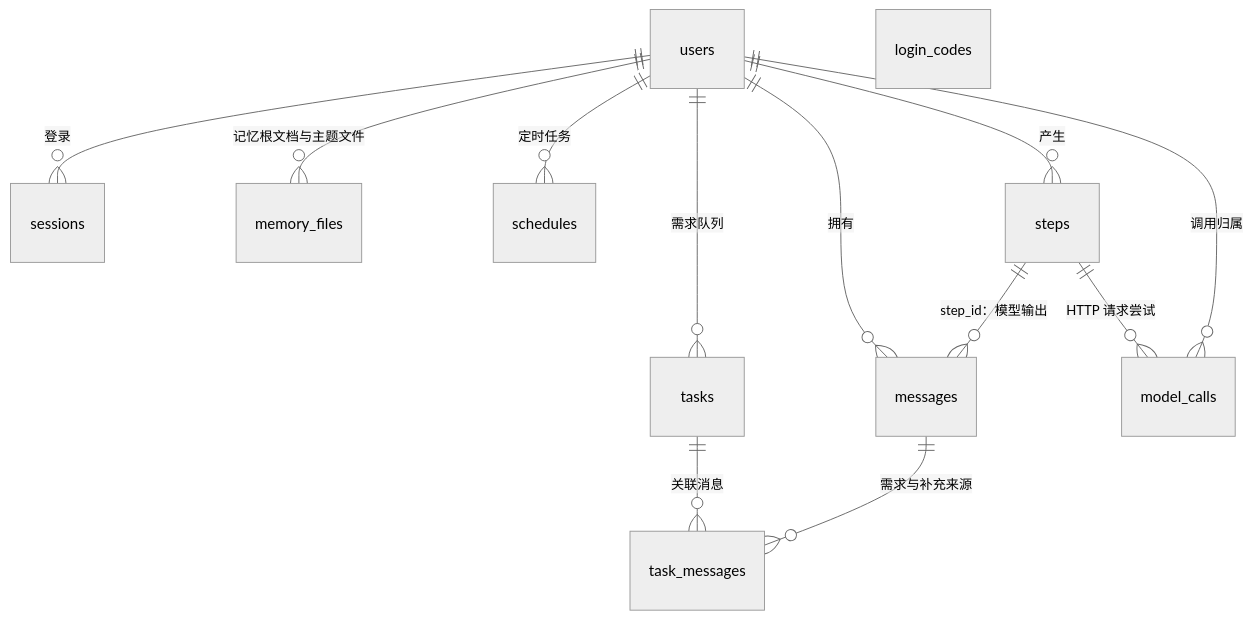
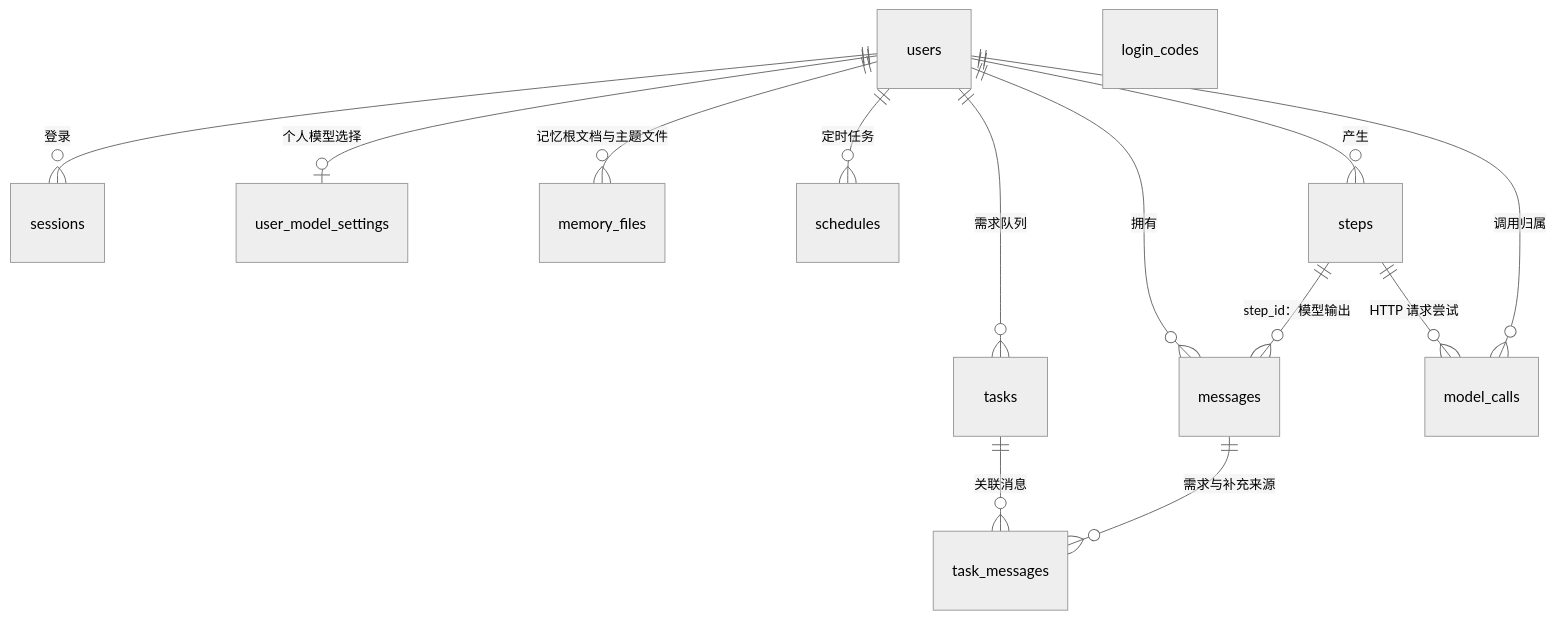
One commit to OmniNetOpensource/aether-personal changed the diagram in docs/wiki/02-data-model.md. Above: the diagram before and after it, drawn with Mermaid (neutral theme). The commit also changed other lines of this file and 48 other files, not shown here.

````diff
--- a/docs/wiki/02-data-model.md
+++ b/docs/wiki/02-data-model.md
@@ -17,15 +17,16 @@
 ```mermaid
 erDiagram
     users ||--o{ sessions : "登录"
+    users ||--o| user_model_settings : "个人模型选择"
     users ||--o{ messages : "拥有"
     users ||--o{ tasks : "需求队列"
     tasks ||--o{ task_messages : "关联消息"
     messages ||--o{ task_messages : "需求与补充来源"
     users ||--o{ memory_files : "记忆根文档与主题文件"
     users ||--o{ schedules : "定时任务"
     users ||--o{ steps : "产生"
     steps ||--o{ model_calls : "HTTP 请求尝试"
     users ||--o{ model_calls : "调用归属"
     steps ||--o{ messages : "step_id：模型输出"
     login_codes
 ```
````
